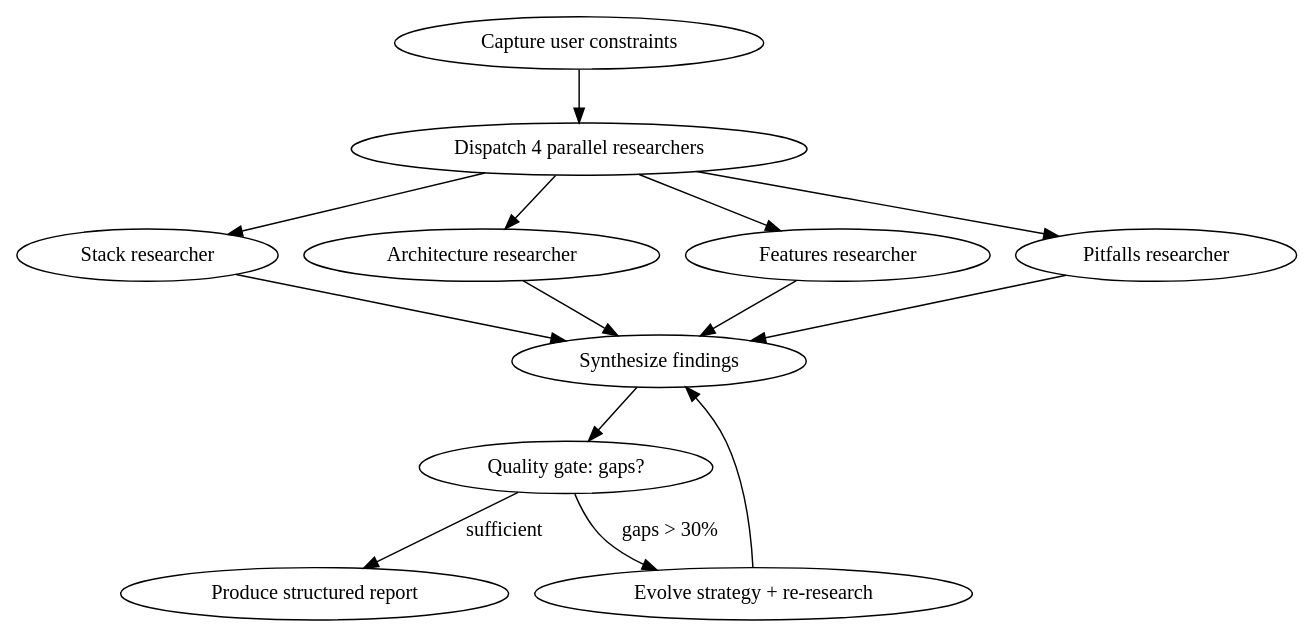
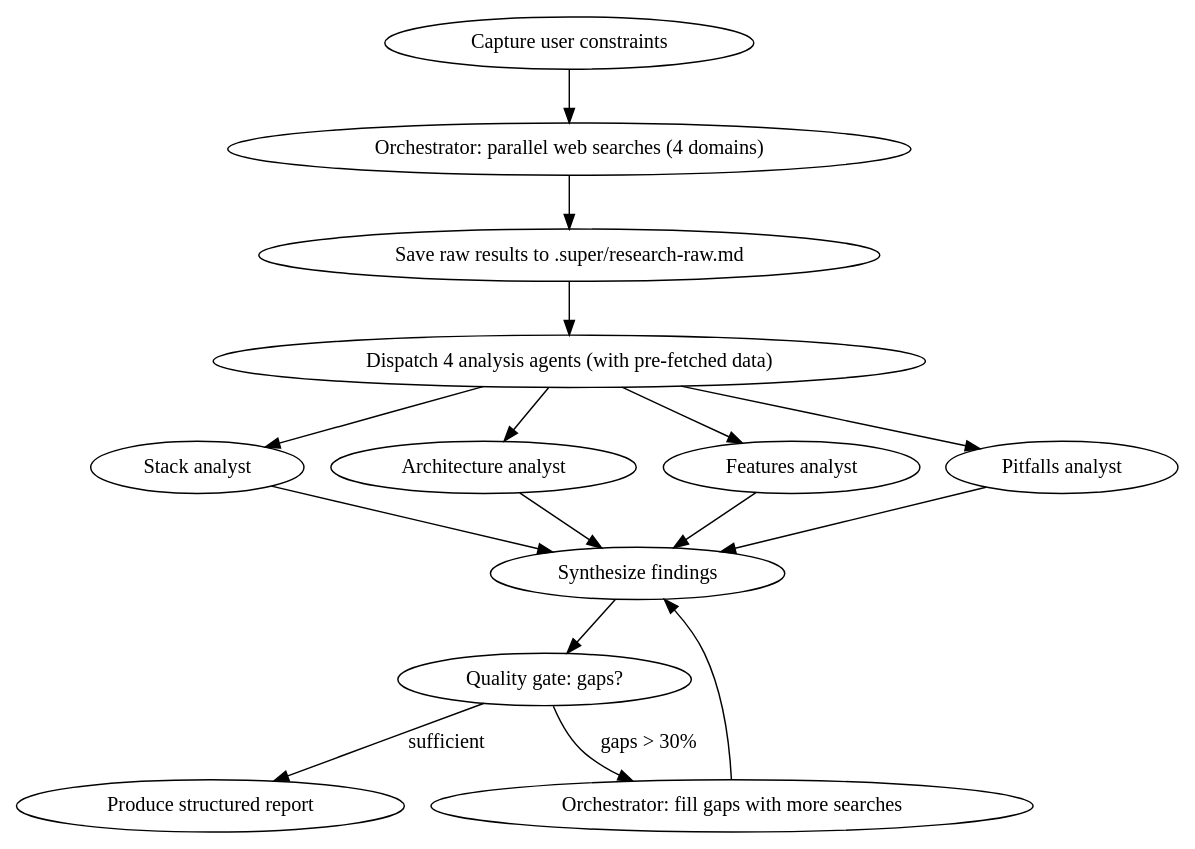
The second of 2 diagrams in skills/super/SKILL.md (aifunmobi/super-plugin), drawn with Graphviz before and after one commit. The commit also changed other lines of this file and 1 other file, not shown here.

First line of the commit message:
fix: redesign RESEARCH to two-phase pattern — orchestrator searches, agents analyze

````diff
--- a/skills/super/SKILL.md
+++ b/skills/super/SKILL.md
@@ -448,18 +449,20 @@
 ```dot
 digraph research {
   rankdir=TB;
-  "Capture user constraints" -> "Dispatch 4 parallel researchers";
-  "Dispatch 4 parallel researchers" -> "Stack researcher";
-  "Dispatch 4 parallel researchers" -> "Architecture researcher";
-  "Dispatch 4 parallel researchers" -> "Features researcher";
-  "Dispatch 4 parallel researchers" -> "Pitfalls researcher";
-  "Stack researcher" -> "Synthesize findings";
-  "Architecture researcher" -> "Synthesize findings";
-  "Features researcher" -> "Synthesize findings";
-  "Pitfalls researcher" -> "Synthesize findings";
+  "Capture user constraints" -> "Orchestrator: parallel web searches (4 domains)";
+  "Orchestrator: parallel web searches (4 domains)" -> "Save raw results to .super/research-raw.md";
+  "Save raw results to .super/research-raw.md" -> "Dispatch 4 analysis agents (with pre-fetched data)";
+  "Dispatch 4 analysis agents (with pre-fetched data)" -> "Stack analyst";
+  "Dispatch 4 analysis agents (with pre-fetched data)" -> "Architecture analyst";
+  "Dispatch 4 analysis agents (with pre-fetched data)" -> "Features analyst";
+  "Dispatch 4 analysis agents (with pre-fetched data)" -> "Pitfalls analyst";
+  "Stack analyst" -> "Synthesize findings";
+  "Architecture analyst" -> "Synthesize findings";
+  "Features analyst" -> "Synthesize findings";
+  "Pitfalls analyst" -> "Synthesize findings";
   "Synthesize findings" -> "Quality gate: gaps?";
-  "Quality gate: gaps?" -> "Evolve strategy + re-research" [label="gaps > 30%"];
+  "Quality gate: gaps?" -> "Orchestrator: fill gaps with more searches" [label="gaps > 30%"];
   "Quality gate: gaps?" -> "Produce structured report" [label="sufficient"];
-  "Evolve strategy + re-research" -> "Synthesize findings";
+  "Orchestrator: fill gaps with more searches" -> "Synthesize findings";
 }
 ```
````
